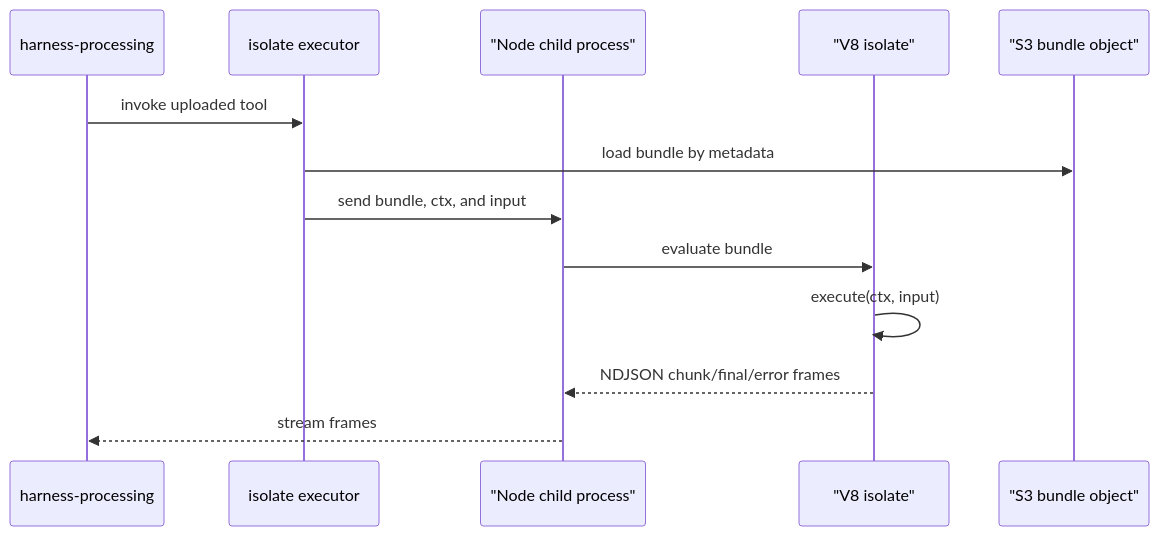
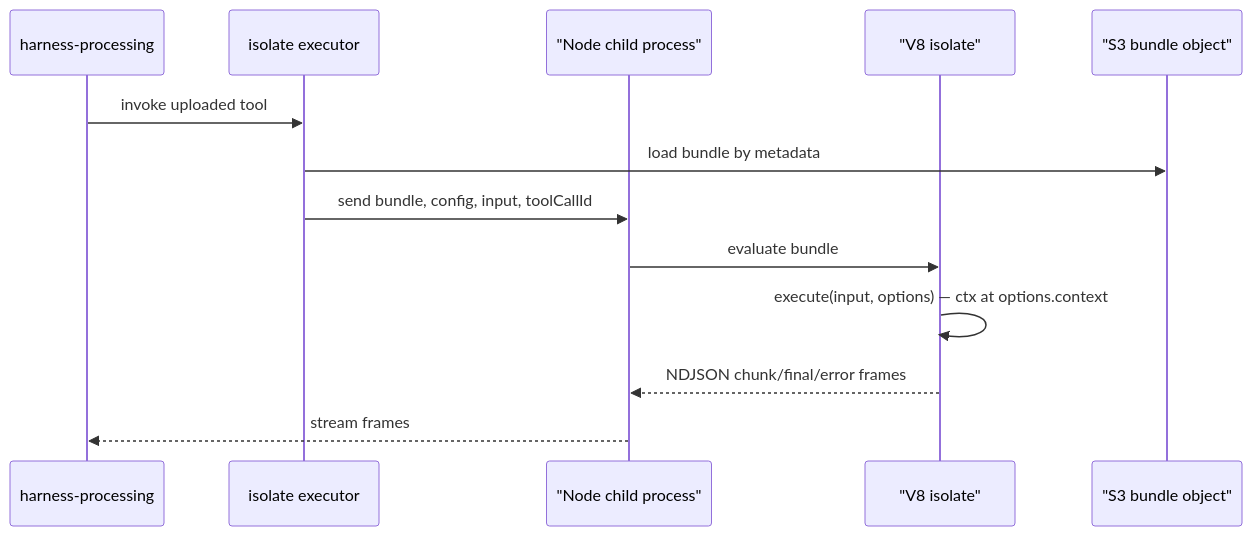
The second of 3 diagrams in apps/docs/docs/tools.md (beeblastco/broods), drawn with Mermaid before and after one commit. The commit also changed other lines of this file and 12 other files, not shown here.

````diff
--- a/apps/docs/docs/tools.md
+++ b/apps/docs/docs/tools.md
@@ -66,16 +68,16 @@
 ```mermaid
 sequenceDiagram
   participant H as harness-processing
   participant E as isolate executor
   participant N as "Node child process"
   participant V as "V8 isolate"
   participant S as "S3 bundle object"
 
   H->>E: invoke uploaded tool
   E->>S: load bundle by metadata
-  E->>N: send bundle, ctx, and input
+  E->>N: send bundle, config, input, toolCallId
   N->>V: evaluate bundle
-  V->>V: execute(ctx, input)
+  V->>V: execute(input, options) — ctx at options.context
   V-->>N: NDJSON chunk/final/error frames
   N-->>H: stream frames
 ```
````
